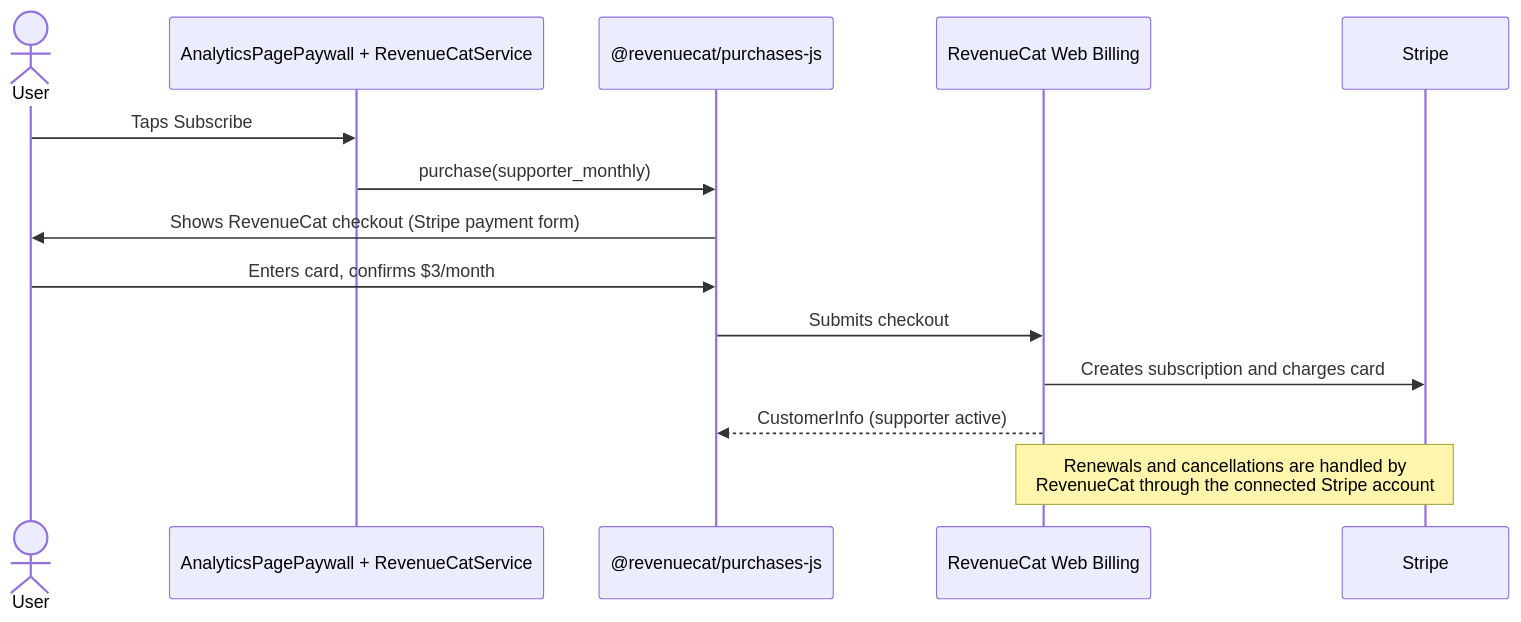
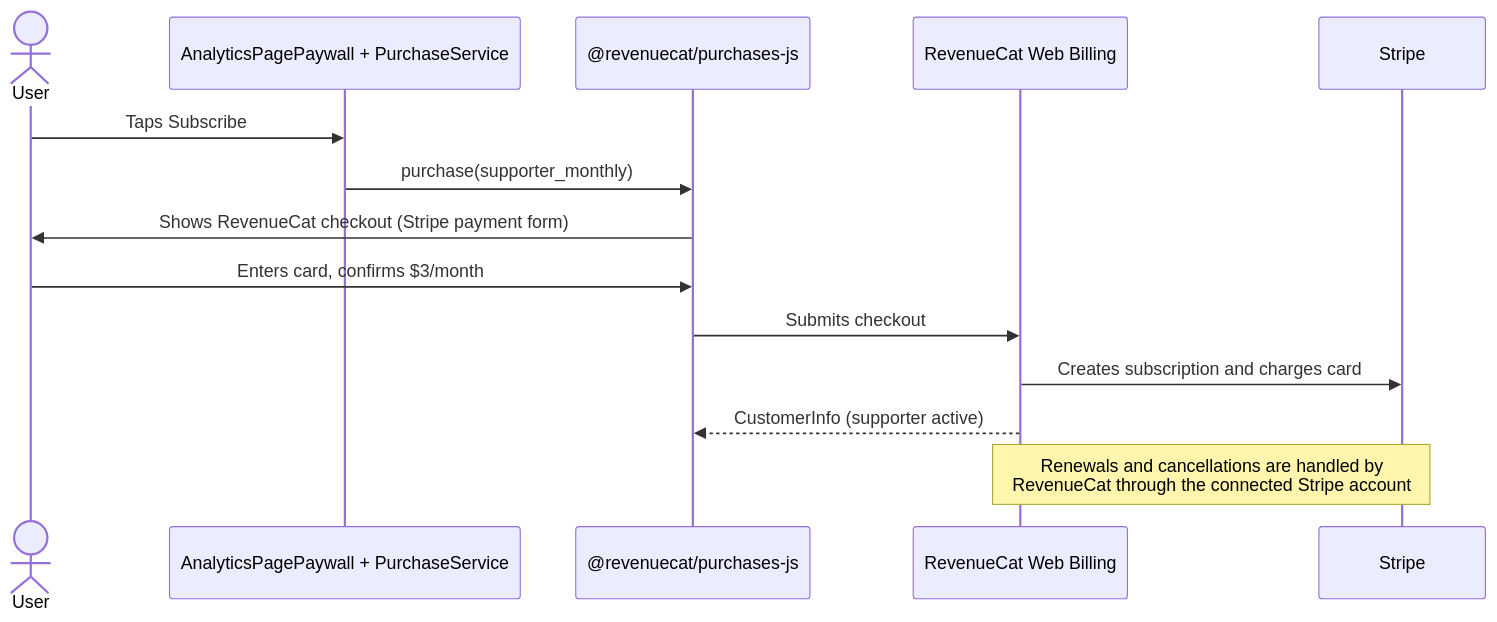
Before and after one commit to aneuhold/workout: the second of 3 diagrams in docs/payments-info.md, drawn with Mermaid. The commit also changed other lines of this file and 11 other files, not shown here.

Commit message:
Add PurchaseService and a few easier things

````diff
--- a/docs/payments-info.md
+++ b/docs/payments-info.md
@@ -28,17 +28,17 @@
 ```mermaid
 sequenceDiagram
   actor User
-  participant App as AnalyticsPagePaywall + RevenueCatService
+  participant App as AnalyticsPagePaywall + PurchaseService
   participant SDK as @revenuecat/purchases-js
   participant RC as RevenueCat Web Billing
   participant Stripe
 
   User->>App: Taps Subscribe
   App->>SDK: purchase(supporter_monthly)
   SDK->>User: Shows RevenueCat checkout (Stripe payment form)
   User->>SDK: Enters card, confirms $3/month
   SDK->>RC: Submits checkout
   RC->>Stripe: Creates subscription and charges card
   RC-->>SDK: CustomerInfo (supporter active)
   Note over RC,Stripe: Renewals and cancellations are handled by<br/>RevenueCat through the connected Stripe account
 ```
````
